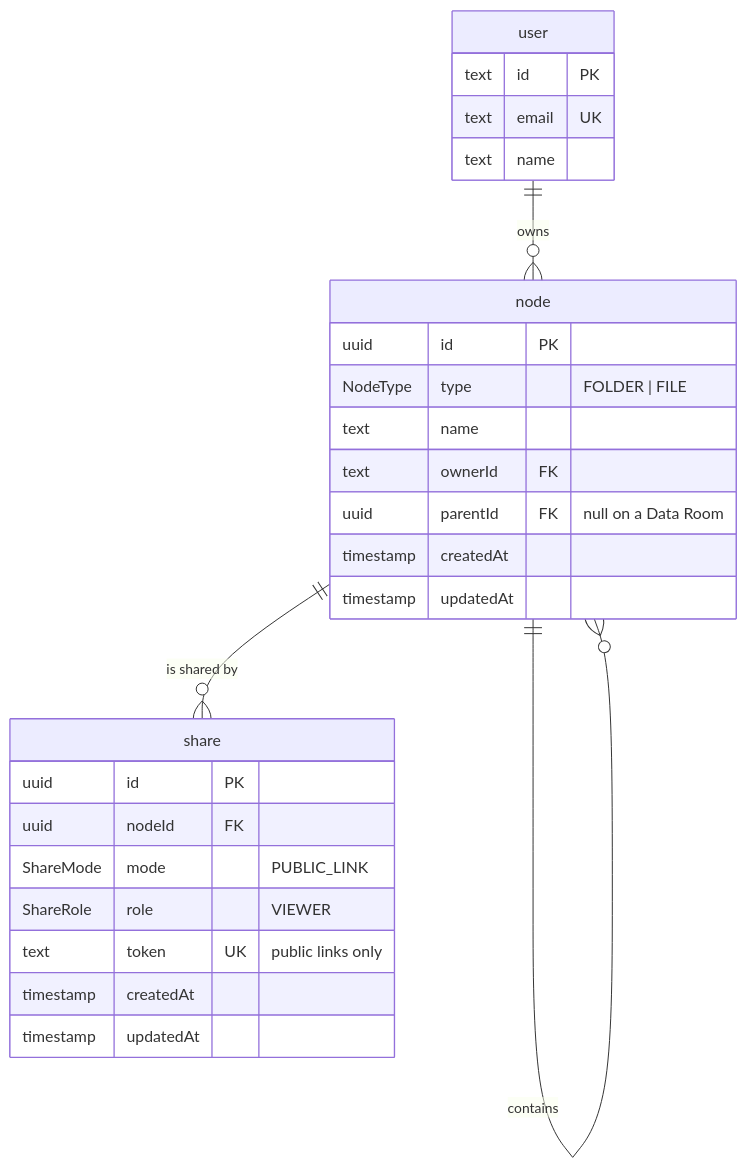
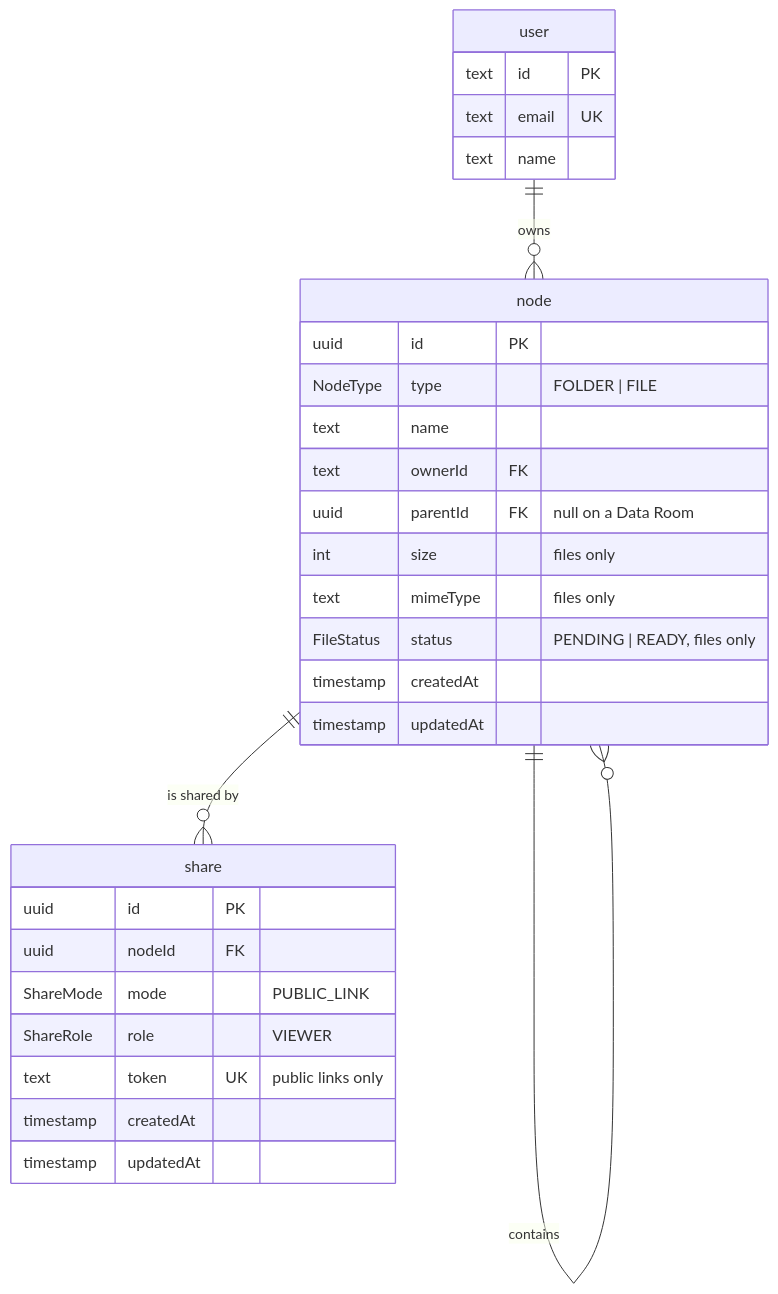
One commit to denleonchev/data-room changed the second of 2 diagrams in README.md. Above: the diagram before and after it, drawn with Mermaid. The commit also changed 3 other files, not shown here.

````diff
--- a/README.md
+++ b/README.md
@@ -82,30 +82,33 @@
 ```mermaid
 erDiagram
     user ||--o{ node : owns
     node ||--o{ node : contains
     node ||--o{ share : "is shared by"
 
     user {
         text id PK
         text email UK
         text name
     }
     node {
         uuid id PK
         NodeType type "FOLDER | FILE"
         text name
         text ownerId FK
         uuid parentId FK "null on a Data Room"
+        int size "files only"
+        text mimeType "files only"
+        FileStatus status "PENDING | READY, files only"
         timestamp createdAt
         timestamp updatedAt
     }
     share {
         uuid id PK
         uuid nodeId FK
         ShareMode mode "PUBLIC_LINK"
         ShareRole role "VIEWER"
         text token UK "public links only"
         timestamp createdAt
         timestamp updatedAt
     }
 ```
````
